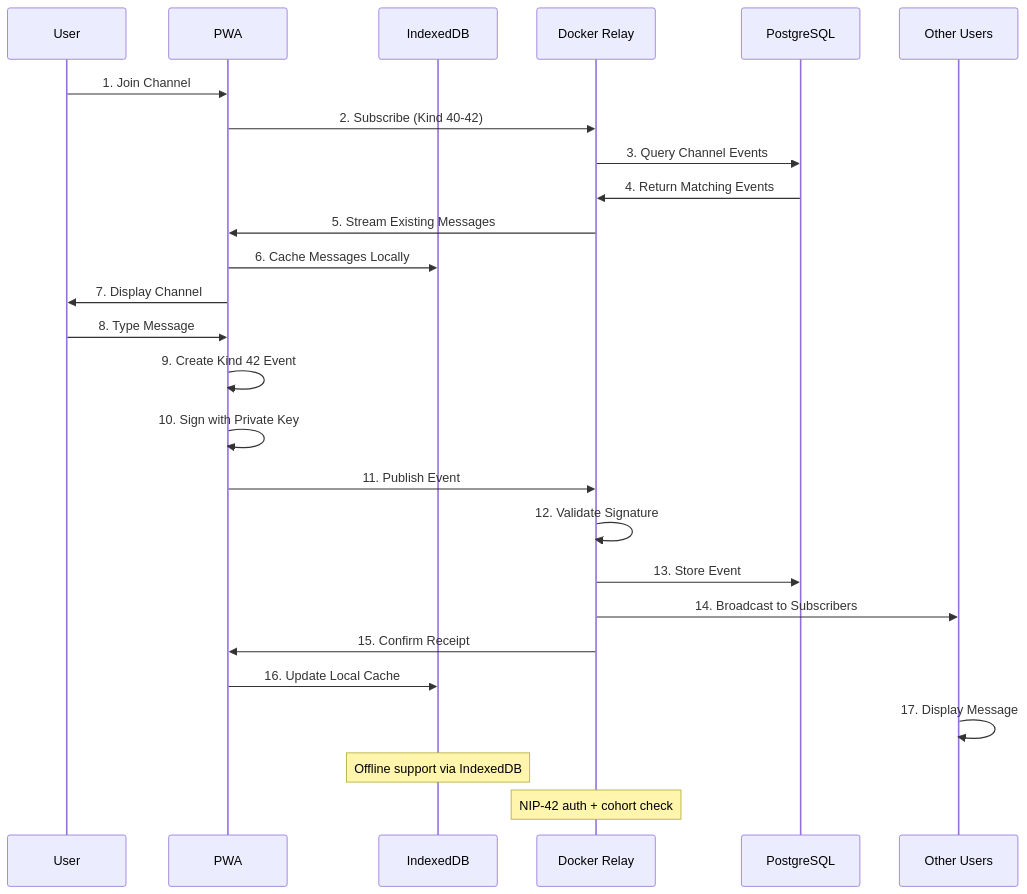
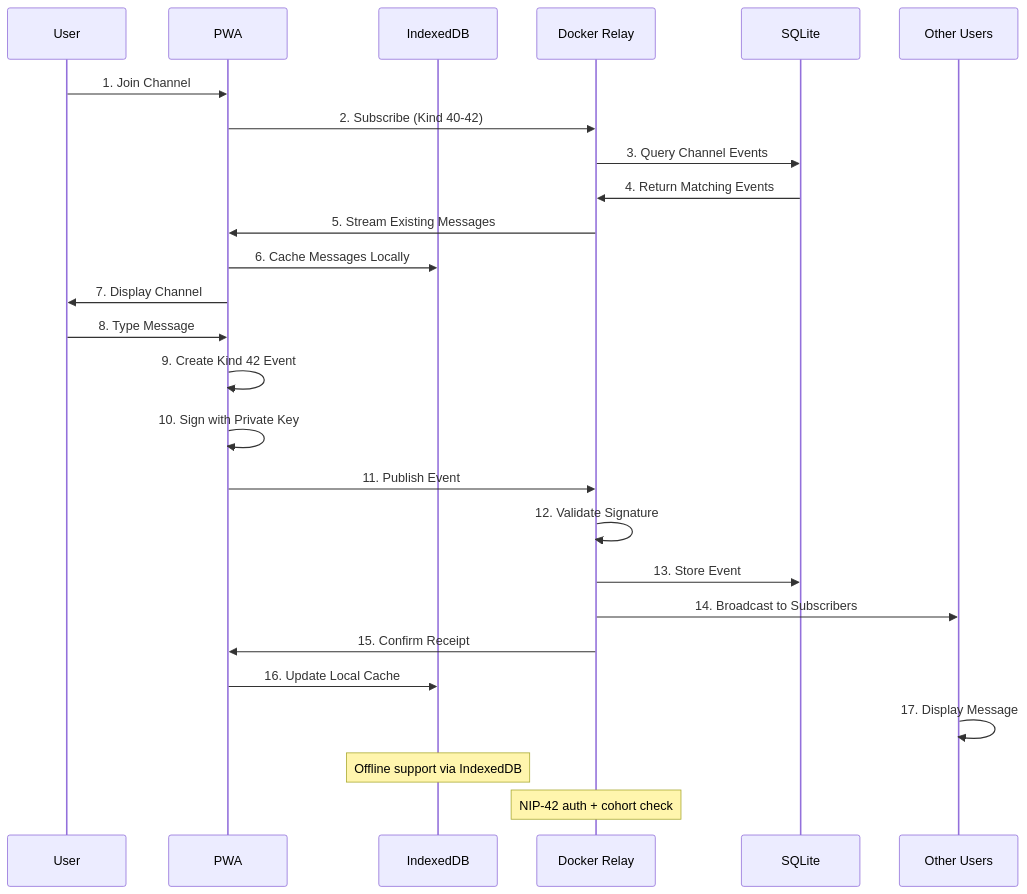
One commit to jjohare/fairfield-nostr changed diagram 12 of 14 in README.md. Above: the diagram before and after it, drawn with Mermaid. The commit also changed other lines of this file and 80 other files, not shown here.

First line of the commit message:
docs: reorganize documentation + fix mermaid diagrams

````diff
--- a/README.md
+++ b/README.md
@@ -471,33 +617,33 @@
 ```mermaid
 sequenceDiagram
     participant User
     participant App as PWA
     participant Cache as IndexedDB
     participant Relay as Docker Relay
-    participant DB as PostgreSQL
+    participant DB as SQLite
     participant Others as Other Users
 
     User->>App: 1. Join Channel
     App->>Relay: 2. Subscribe (Kind 40-42)
     Relay->>DB: 3. Query Channel Events
     DB->>Relay: 4. Return Matching Events
     Relay->>App: 5. Stream Existing Messages
     App->>Cache: 6. Cache Messages Locally
     App->>User: 7. Display Channel
 
     User->>App: 8. Type Message
     App->>App: 9. Create Kind 42 Event
     App->>App: 10. Sign with Private Key
     App->>Relay: 11. Publish Event
 
     Relay->>Relay: 12. Validate Signature
     Relay->>DB: 13. Store Event
     Relay->>Others: 14. Broadcast to Subscribers
     Relay->>App: 15. Confirm Receipt
 
     App->>Cache: 16. Update Local Cache
     Others->>Others: 17. Display Message
 
     Note over Cache: Offline support via IndexedDB
     Note over Relay: NIP-42 auth + cohort check
 ```
````
